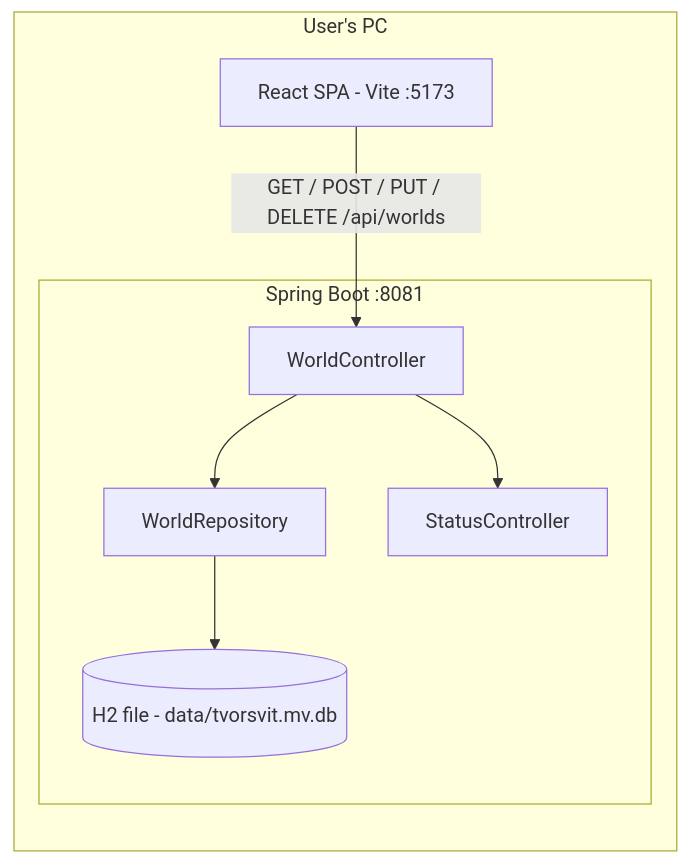
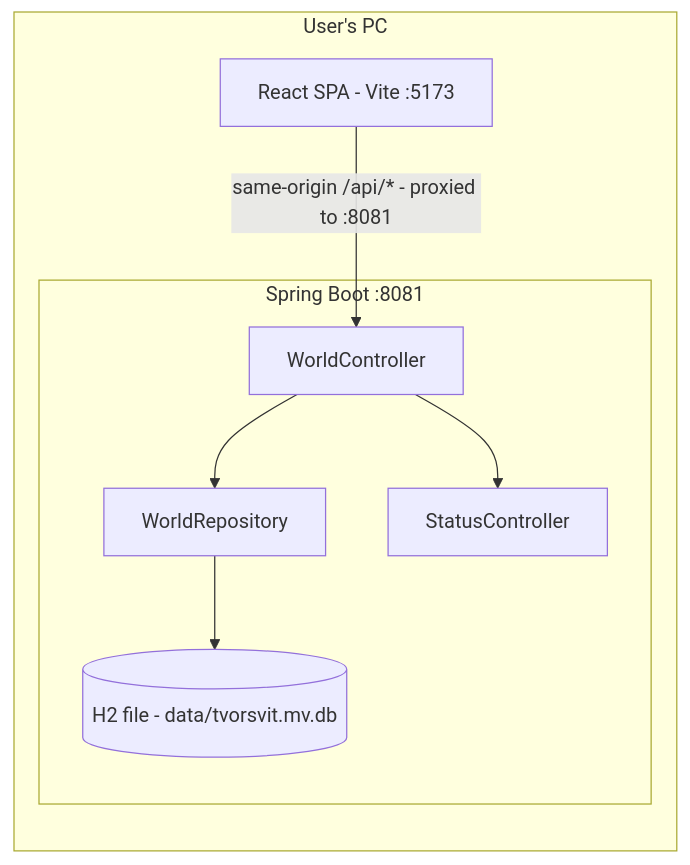
Before and after one commit to lirriya/Tvorsvit: the diagram in README.md, drawn with Mermaid. The commit also changed other lines of this file and 19 other files, not shown here.

````diff
--- a/README.md
+++ b/README.md
@@ -32,11 +32,11 @@
 ```mermaid
 flowchart LR
     subgraph PC [User's PC]
-        F[React SPA - Vite :5173] -->|GET / POST / PUT / DELETE /api/worlds| B
+        F[React SPA - Vite :5173] -->|same-origin /api/* - proxied to :8081| B
         subgraph BE [Spring Boot :8081]
             B[WorldController] --> R[WorldRepository]
             R --> DB[(H2 file - data/tvorsvit.mv.db)]
             B --> S[StatusController]
         end
     end
 ```
````
